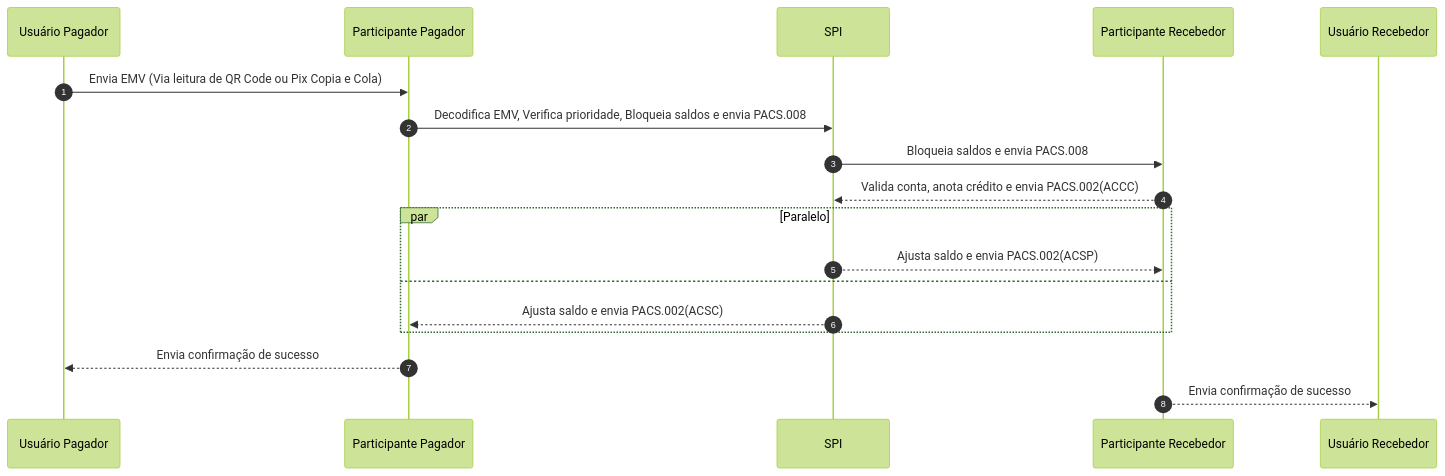
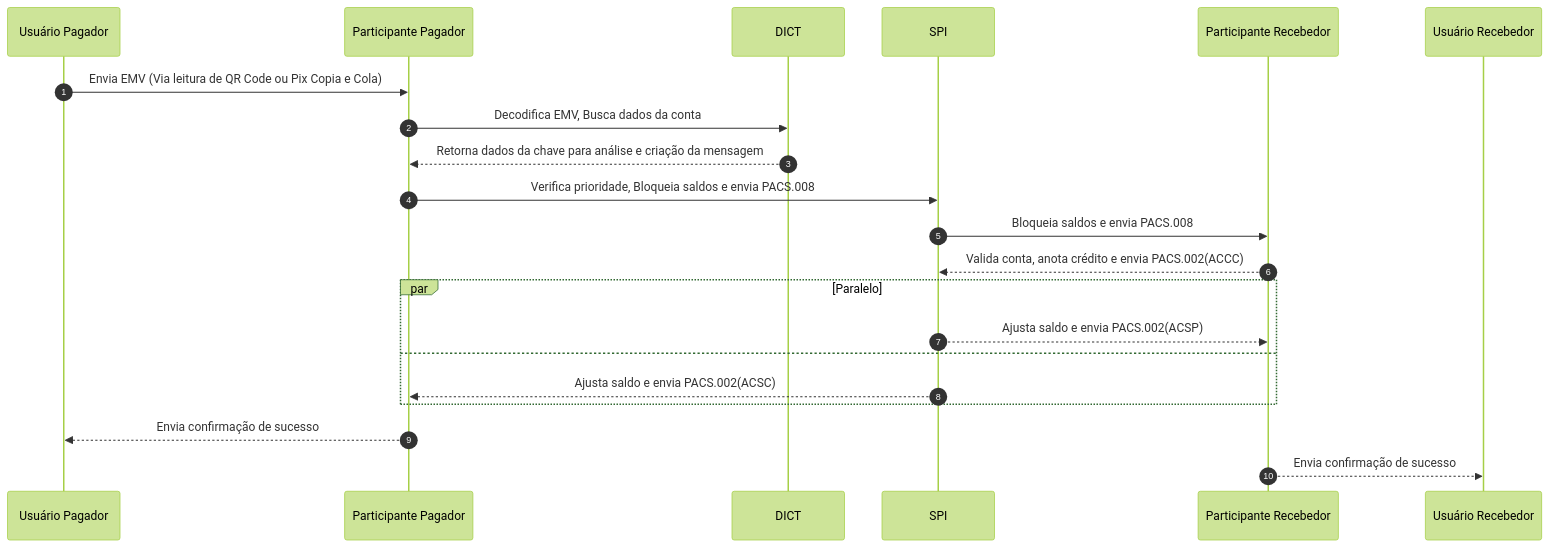
Before and after one commit to guilhermedecampo/pix-spi-scenarios: the diagram in docs/fluxo-sucesso/iniciacao-via-qrcode-dinamico.md, drawn with Mermaid (forest theme). The commit also changed other lines of this file and 4 other files, not shown here.

````diff
--- a/docs/fluxo-sucesso/iniciacao-via-qrcode-dinamico.md
+++ b/docs/fluxo-sucesso/iniciacao-via-qrcode-dinamico.md
@@ -27,15 +29,17 @@
 ```mermaid
 sequenceDiagram
   autonumber
   Usuário Pagador->>Participante Pagador: Envia EMV (Via leitura de QR Code ou Pix Copia e Cola)
-  Participante Pagador->>SPI: Decodifica EMV, Verifica prioridade, Bloqueia saldos e envia PACS.008
+  Participante Pagador->>DICT: Decodifica EMV, Busca dados da conta
+  DICT -->>Participante Pagador: Retorna dados da chave para análise e criação da mensagem
+  Participante Pagador->>SPI: Verifica prioridade, Bloqueia saldos e envia PACS.008
   SPI->>Participante Recebedor: Bloqueia saldos e envia PACS.008
   Participante Recebedor-->>SPI: Valida conta, anota crédito e envia PACS.002(ACCC)
   par Paralelo
     SPI-->>Participante Recebedor: Ajusta saldo e envia PACS.002(ACSP)
   and
     SPI-->>Participante Pagador: Ajusta saldo e envia PACS.002(ACSC)
   end
   Participante Pagador-->>Usuário Pagador: Envia confirmação de sucesso
   Participante Recebedor-->>Usuário Recebedor: Envia confirmação de sucesso
 ```
````
